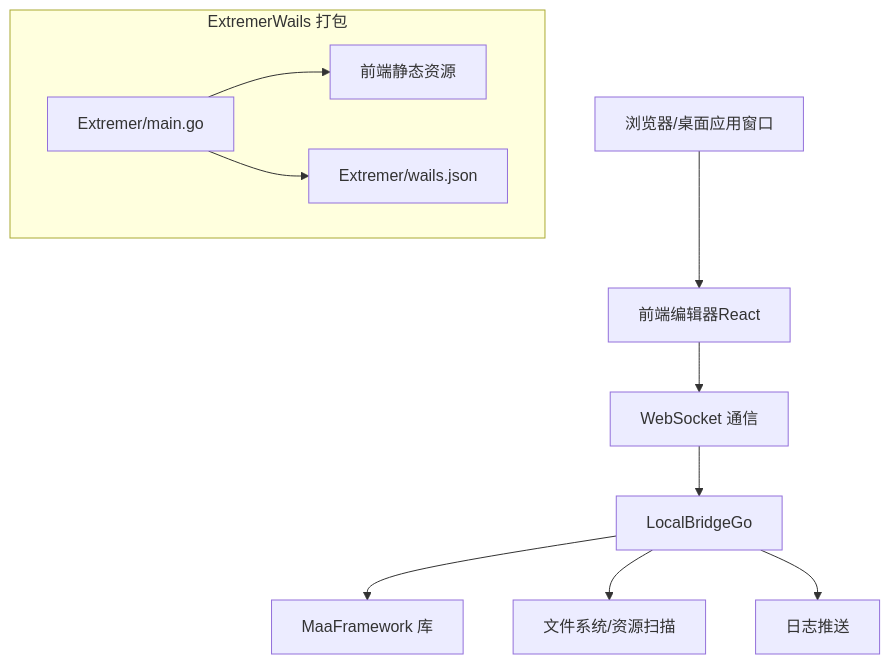
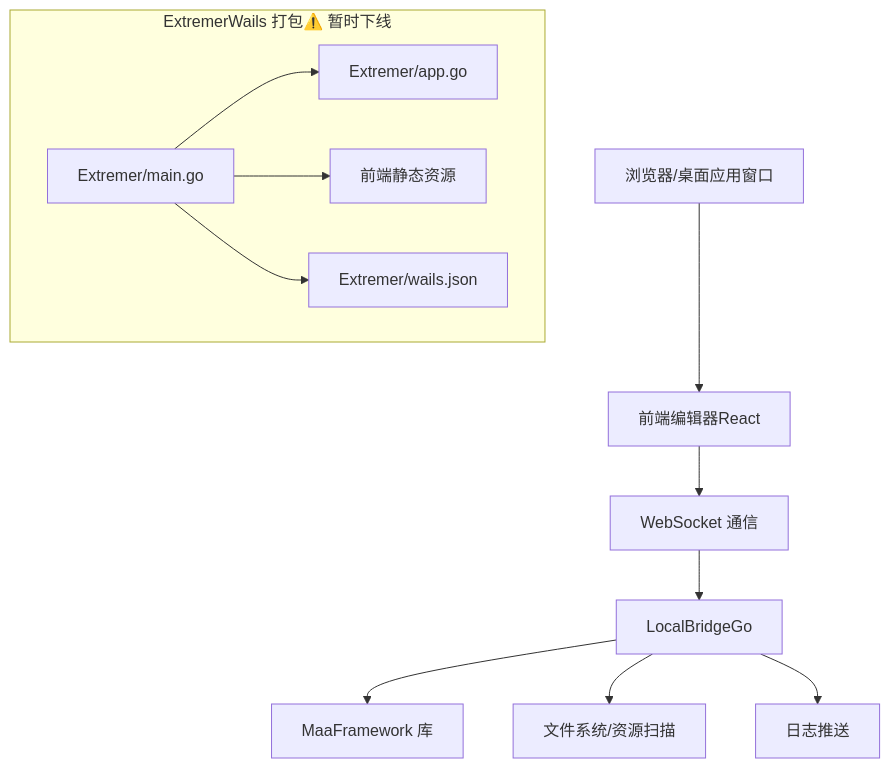
The second of 7 diagrams in .qoder/repowiki/zh/content/快速开始.md (kqcoxn/MaaPipelineEditor), drawn with Mermaid before and after one commit. The commit also changed other lines of this file and 42 other files, not shown here.

````diff
--- a/.qoder/repowiki/zh/content/快速开始.md
+++ b/.qoder/repowiki/zh/content/快速开始.md
@@ -112,16 +124,18 @@
 ```mermaid
 graph TB
 Browser["浏览器/桌面应用窗口"] --> FE["前端编辑器React"]
 FE --> WS["WebSocket 通信"]
 WS --> LB["LocalBridgeGo"]
 LB --> FW["MaaFramework 库"]
 LB --> FS["文件系统/资源扫描"]
 LB --> LOG["日志推送"]
-subgraph "ExtremerWails 打包"
+subgraph "ExtremerWails 打包⚠️ 暂时下线"
 EMain["Extremer/main.go"]
+EApp["Extremer/app.go"]
 ECfg["Extremer/wails.json"]
 EDist["前端静态资源"]
 end
+EMain --> EApp
 EMain --> EDist
 EMain --> ECfg
 ```
````
